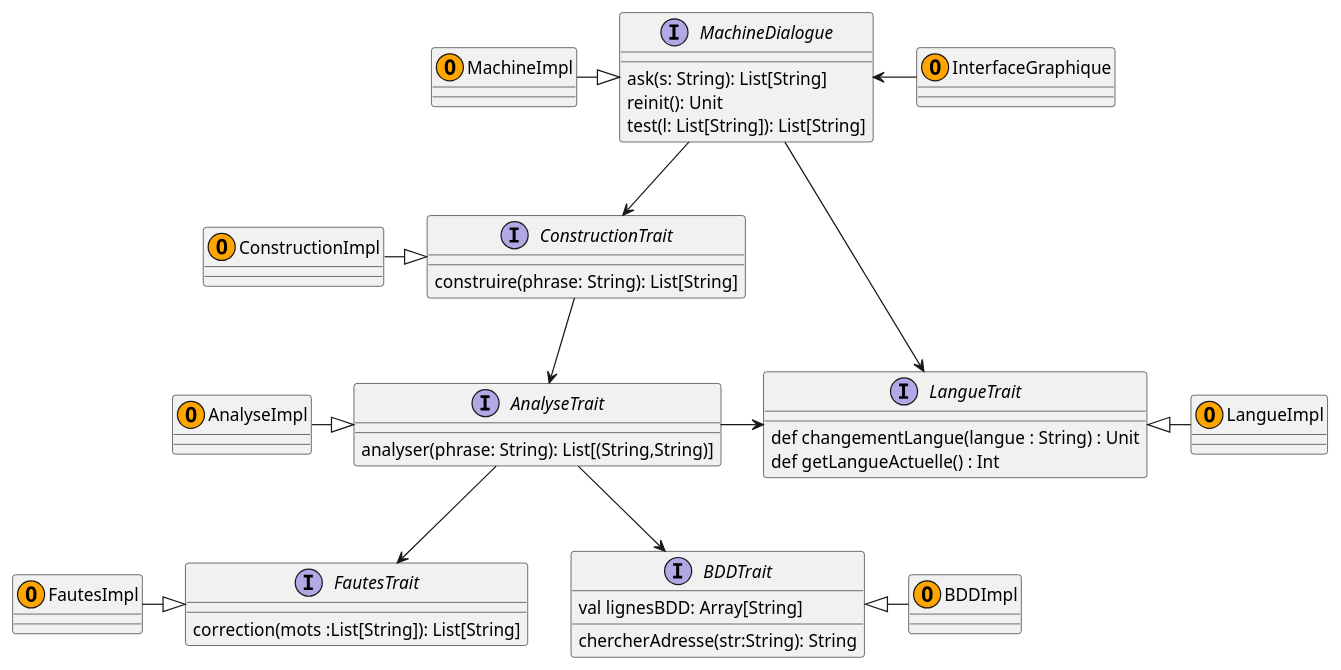
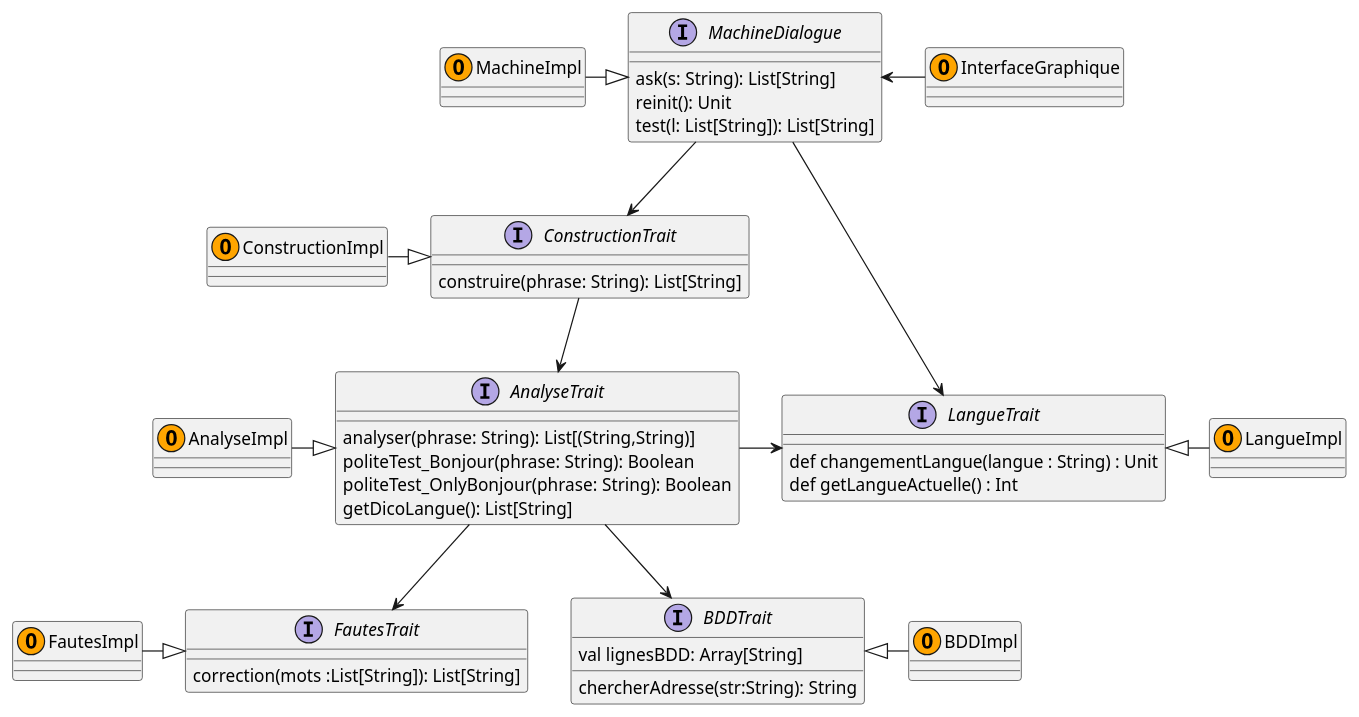
One commit to mathisglt/AvatarBacchus changed the diagram in src/main/scala/diagramme/diag_imp.plantuml. Above: the diagram before and after it, drawn with PlantUML.

Commit message:
màj uml avec toutes les fonctions du trait Analyse

```diff
--- a/src/main/scala/diagramme/diag_imp.plantuml
+++ b/src/main/scala/diagramme/diag_imp.plantuml
@@ -1,60 +1,63 @@
 @startuml Avatar
 
 interface BDDTrait{
 	val lignesBDD: Array[String]
 	chercherAdresse(str:String): String
 }
 
 interface MachineDialogue {
 	ask(s: String): List[String]
 	reinit(): Unit
 	test(l: List[String]): List[String]
 }
 
 interface ConstructionTrait{
 	construire(phrase: String): List[String]
 }
 
 interface InterfaceGraphique{
 
 }
 
 interface FautesTrait{
 	correction(mots :List[String]): List[String]
 }
 
 interface AnalyseTrait{
 	analyser(phrase: String): List[(String,String)]
+	politeTest_Bonjour(phrase: String): Boolean
+	politeTest_OnlyBonjour(phrase: String): Boolean
+	getDicoLangue(): List[String]
 }
 
 interface LangueTrait{
 	def changementLangue(langue : String) : Unit
 	def getLangueActuelle() : Int
 }
 
 
 class MachineImpl <<(O,Orange)>>
 class InterfaceGraphique <<(O,Orange)>>
 class ConstructionImpl <<(O,Orange)>>
 class AnalyseImpl <<(O,Orange)>>
 class BDDImpl <<(O,Orange)>>
 class FautesImpl <<(O,Orange)>>
 class LangueImpl <<(O,Orange)>>
 
 MachineImpl -|> MachineDialogue
 BDDTrait <|-  BDDImpl
 ConstructionImpl -|>  ConstructionTrait
 AnalyseImpl -|>  AnalyseTrait
 FautesImpl -|> FautesTrait
 LangueTrait <|-  LangueImpl
 
 MachineDialogue --> ConstructionTrait
 MachineDialogue <- InterfaceGraphique
 ConstructionTrait --> AnalyseTrait
 
 AnalyseTrait -> LangueTrait
 AnalyseTrait --> FautesTrait
 AnalyseTrait --> BDDTrait
 MachineDialogue --> LangueTrait
 
 @enduml
```
